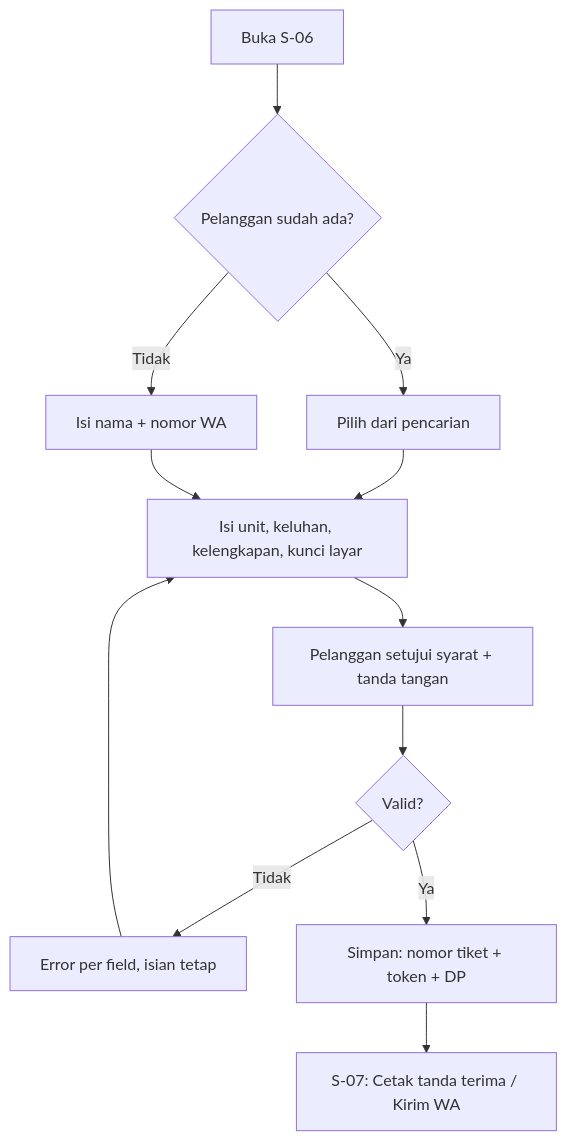
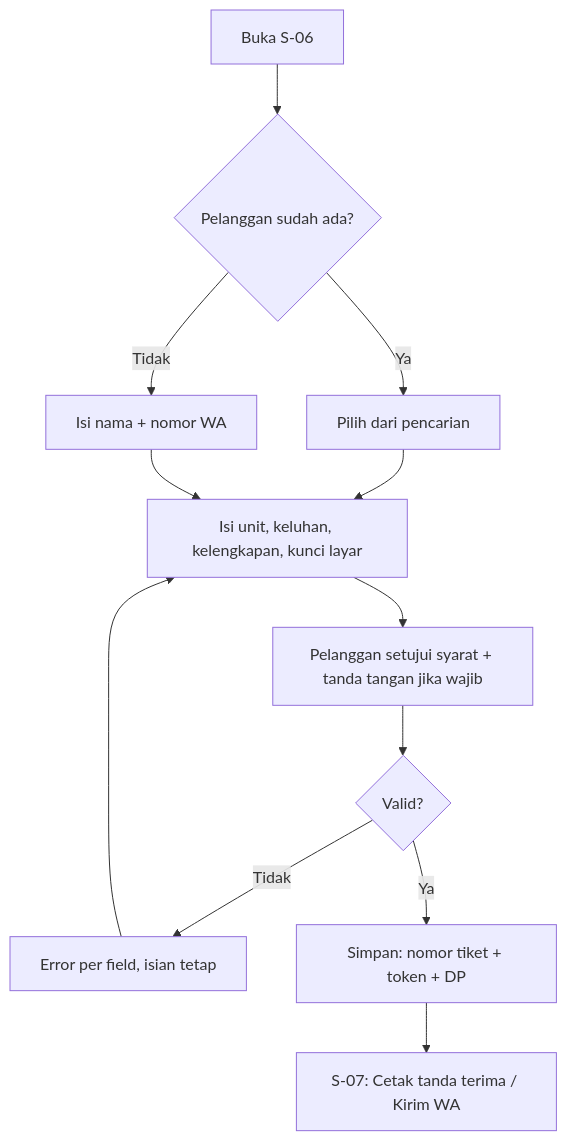
Before and after one commit to rifan6juli-svg/fixmaster: the second of 5 diagrams in docs/AFD.md, drawn with Mermaid. The commit also changed other lines of this file and 5 other files, not shown here.

````diff
--- a/docs/AFD.md
+++ b/docs/AFD.md
@@ -101,13 +101,13 @@
 ```mermaid
 flowchart TD
   A[Buka S-06] --> B{Pelanggan sudah ada?}
   B -- Ya --> C[Pilih dari pencarian]
   B -- Tidak --> D[Isi nama + nomor WA]
   C --> E[Isi unit, keluhan, kelengkapan, kunci layar]
   D --> E
-  E --> F[Pelanggan setujui syarat + tanda tangan]
+  E --> F[Pelanggan setujui syarat + tanda tangan jika wajib]
   F --> G{Valid?}
   G -- Tidak --> H[Error per field, isian tetap] --> E
   G -- Ya --> I[Simpan: nomor tiket + token + DP]
   I --> J[S-07: Cetak tanda terima / Kirim WA]
 ```
````
